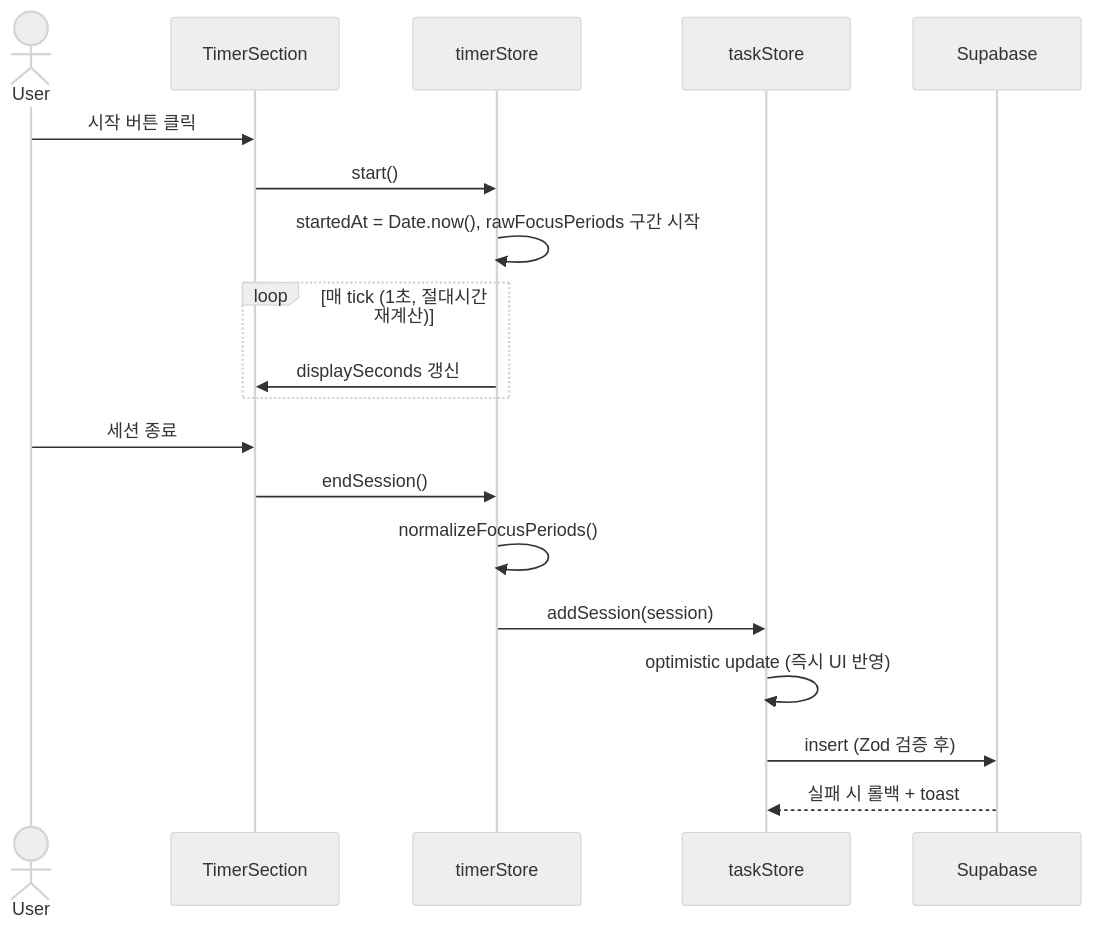
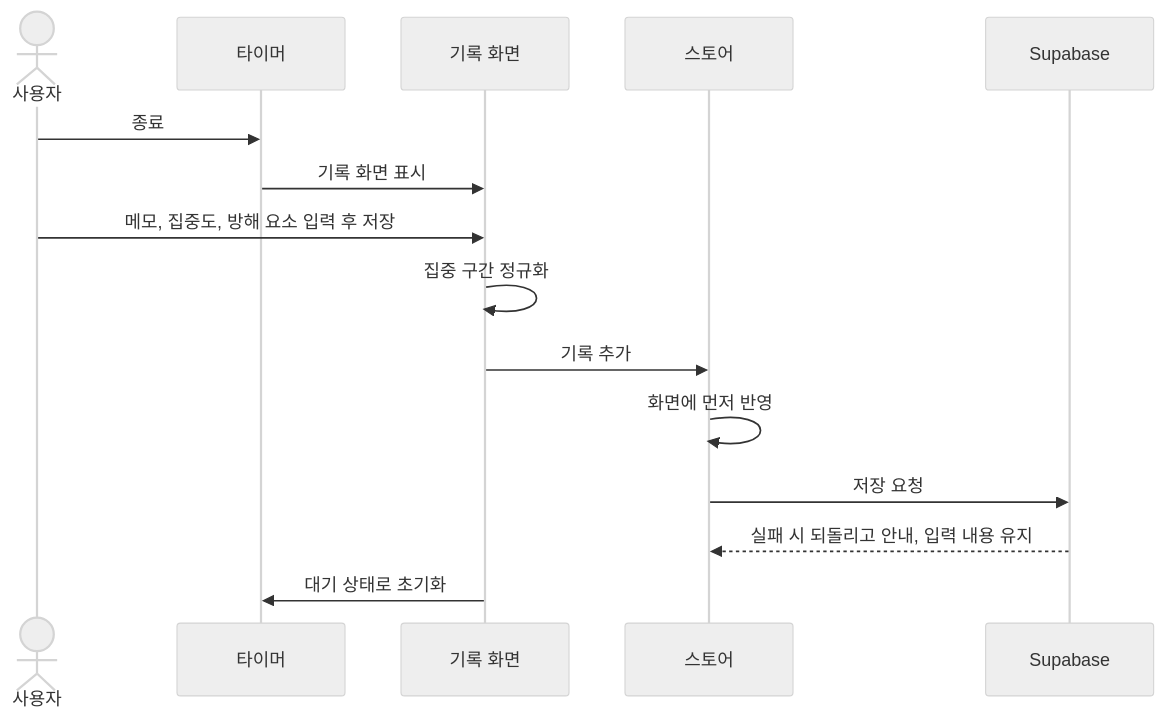
Before and after one commit to aaaz425/pomodash: the third of 3 diagrams in docs/specs/architecture-diagram.md, drawn with Mermaid (neutral theme). The commit also changed other lines of this file and 13 other files, not shown here.

````diff
--- a/docs/specs/architecture-diagram.md
+++ b/docs/specs/architecture-diagram.md
@@ -92,24 +97,18 @@
 ```mermaid
 sequenceDiagram
-    actor User
-    participant Timer as TimerSection
-    participant Store as timerStore
-    participant Task as taskStore
-    participant Supa as Supabase
+    actor User as 사용자
+    participant Timer as 타이머
+    participant Record as 기록 화면
+    participant Store as 스토어
+    participant DB as Supabase
 
-    User->>Timer: 시작 버튼 클릭
-    Timer->>Store: start()
-    Store->>Store: startedAt = Date.now(), rawFocusPeriods 구간 시작
-
-    loop 매 tick (1초, 절대시간 재계산)
-        Store->>Timer: displaySeconds 갱신
-    end
-
-    User->>Timer: 세션 종료
-    Timer->>Store: endSession()
-    Store->>Store: normalizeFocusPeriods()
-    Store->>Task: addSession(session)
-    Task->>Task: optimistic update (즉시 UI 반영)
-    Task->>Supa: insert (Zod 검증 후)
-    Supa-->>Task: 실패 시 롤백 + toast
+    User->>Timer: 종료
+    Timer->>Record: 기록 화면 표시
+    User->>Record: 메모, 집중도, 방해 요소 입력 후 저장
+    Record->>Record: 집중 구간 정규화
+    Record->>Store: 기록 추가
+    Store->>Store: 화면에 먼저 반영
+    Store->>DB: 저장 요청
+    DB-->>Store: 실패 시 되돌리고 안내, 입력 내용 유지
+    Record->>Timer: 대기 상태로 초기화
 ```
````
